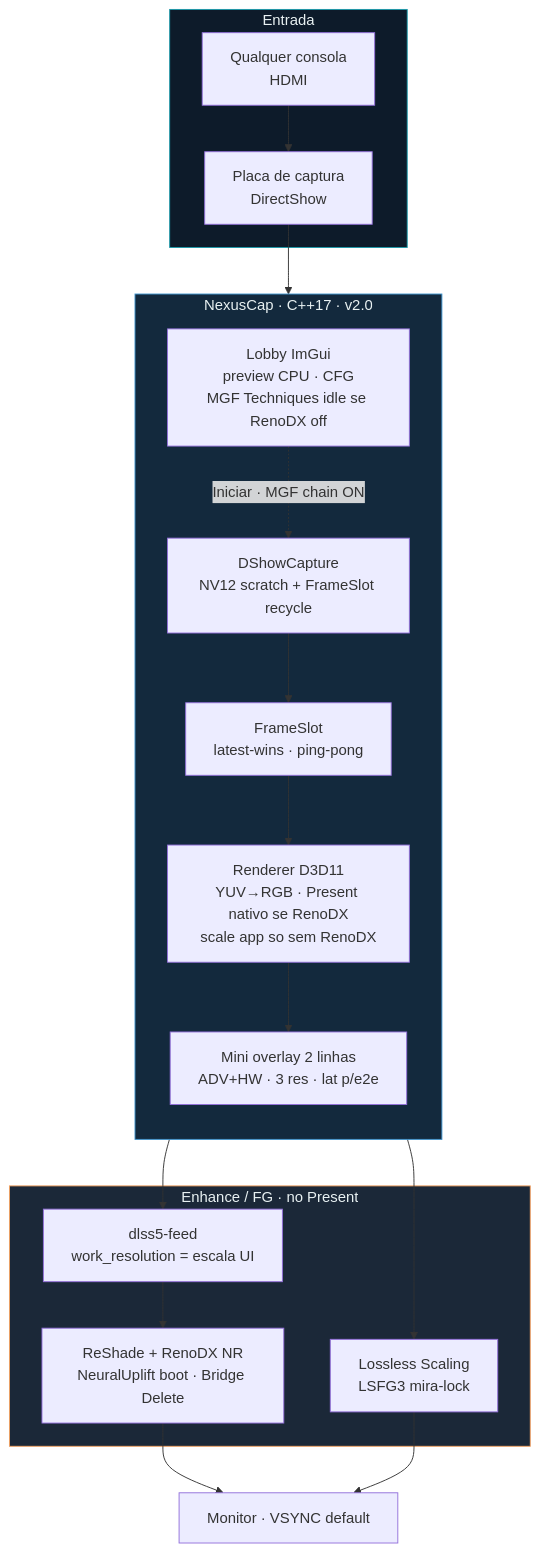
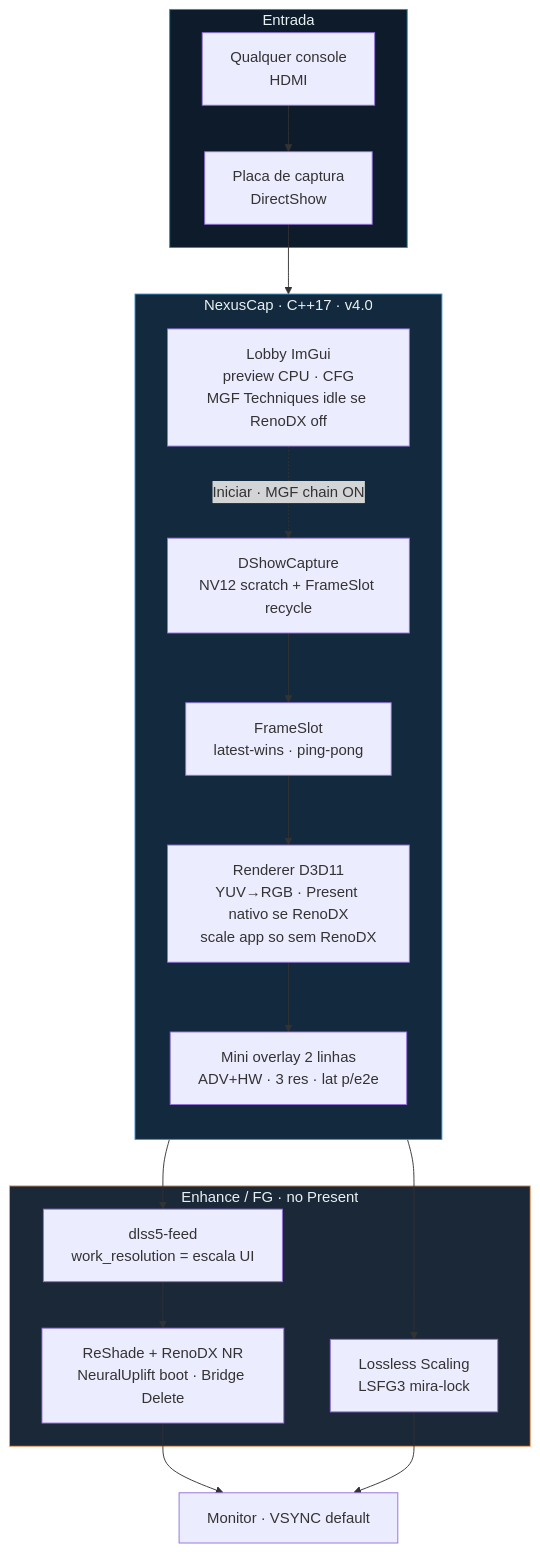
One commit to lealvjo/NexusCap changed the diagram in README.md. Above: the diagram before and after it, drawn with Mermaid. The commit also changed other lines of this file and 42 other files, not shown here.

````diff
--- a/README.md
+++ b/README.md
@@ -225,35 +241,35 @@
 ```mermaid
 flowchart TB
   subgraph IN["Entrada"]
-    HDMI["Qualquer consola<br/>HDMI"]
+    HDMI["Qualquer console<br/>HDMI"]
     CARD["Placa de captura<br/>DirectShow"]
     HDMI --> CARD
   end
 
-  subgraph APP["NexusCap · C++17 · v2.0"]
+  subgraph APP["NexusCap · C++17 · v4.0"]
     direction TB
     LOBBY["Lobby ImGui<br/>preview CPU · CFG<br/>MGF Techniques idle se RenoDX off"]
     CAP["DShowCapture<br/>NV12 scratch + FrameSlot recycle"]
     SLOT["FrameSlot<br/>latest-wins · ping-pong"]
     REND["Renderer D3D11<br/>YUV→RGB · Present nativo se RenoDX<br/>scale app so sem RenoDX"]
     HUD["Mini overlay 2 linhas<br/>ADV+HW · 3 res · lat p/e2e"]
     LOBBY -.->|Iniciar · MGF chain ON| CAP
     CARD --> CAP --> SLOT --> REND
     REND --> HUD
   end
 
   subgraph FX["Enhance / FG · no Present"]
     FEED["dlss5-feed<br/>work_resolution = escala UI"]
     RENO["ReShade + RenoDX NR<br/>NeuralUplift boot · Bridge Delete"]
     FG["Lossless Scaling<br/>LSFG3 mira-lock"]
   end
 
   REND --> FEED --> RENO
   REND --> FG
   RENO --> OUT["Monitor · VSYNC default"]
   FG --> OUT
 
   style IN fill:#0d1b2a,stroke:#1b9aaa,color:#e8f1f2
   style APP fill:#13293d,stroke:#3e92cc,color:#e8f1f2
   style FX fill:#1b2838,stroke:#f4a261,color:#e8f1f2
 ```
````
